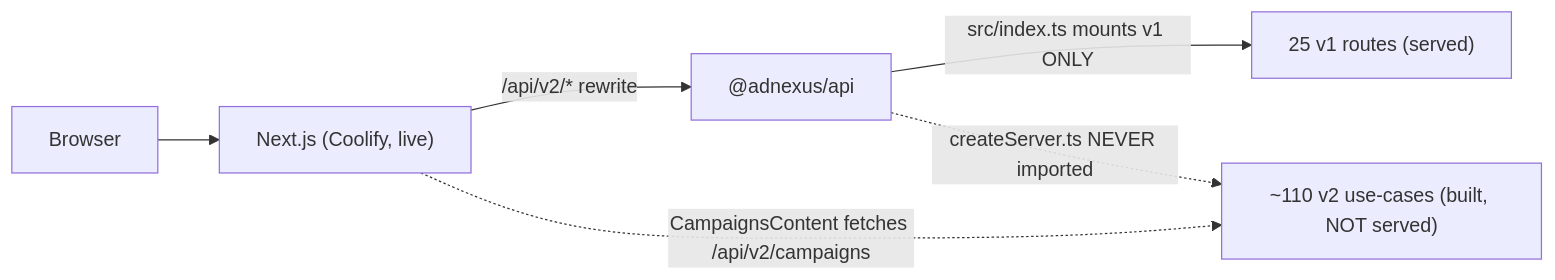
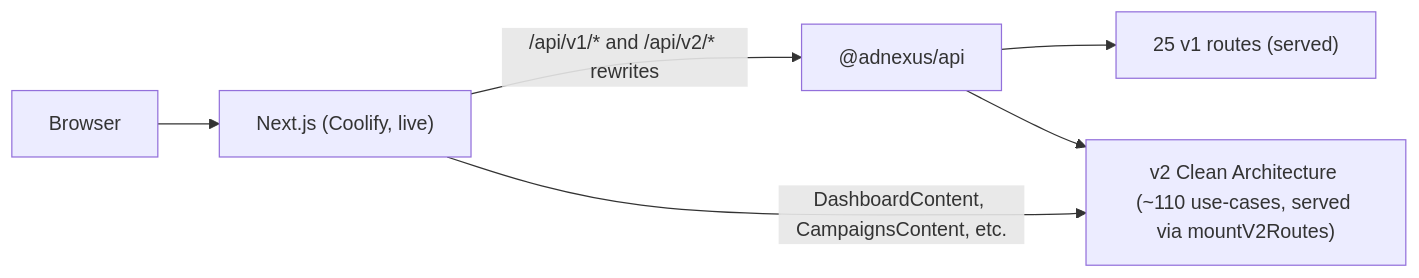
One commit to DigitalSoftDistribution/adnexus-ai changed the diagram in docs/PATH_TO_V1.md. Above: the diagram before and after it, drawn with Mermaid. The commit also changed other lines of this file and 4 other files, not shown here.

````diff
--- a/docs/PATH_TO_V1.md
+++ b/docs/PATH_TO_V1.md
@@ -30,8 +33,8 @@
 ```mermaid
 flowchart LR
   user[Browser] --> next["Next.js (Coolify, live)"]
-  next -->|"/api/v2/* rewrite"| api["@adnexus/api"]
-  api -->|"src/index.ts mounts v1 ONLY"| v1["25 v1 routes (served)"]
-  api -.->|"createServer.ts NEVER imported"| v2["~110 v2 use-cases (built, NOT served)"]
-  next -.->|"CampaignsContent fetches /api/v2/campaigns"| v2
+  next -->|"/api/v1/* and /api/v2/* rewrites"| api["@adnexus/api"]
+  api --> v1["25 v1 routes (served)"]
+  api --> v2["v2 Clean Architecture (~110 use-cases, served via mountV2Routes)"]
+  next -->|"DashboardContent, CampaignsContent, etc."| v2
 ```
````
